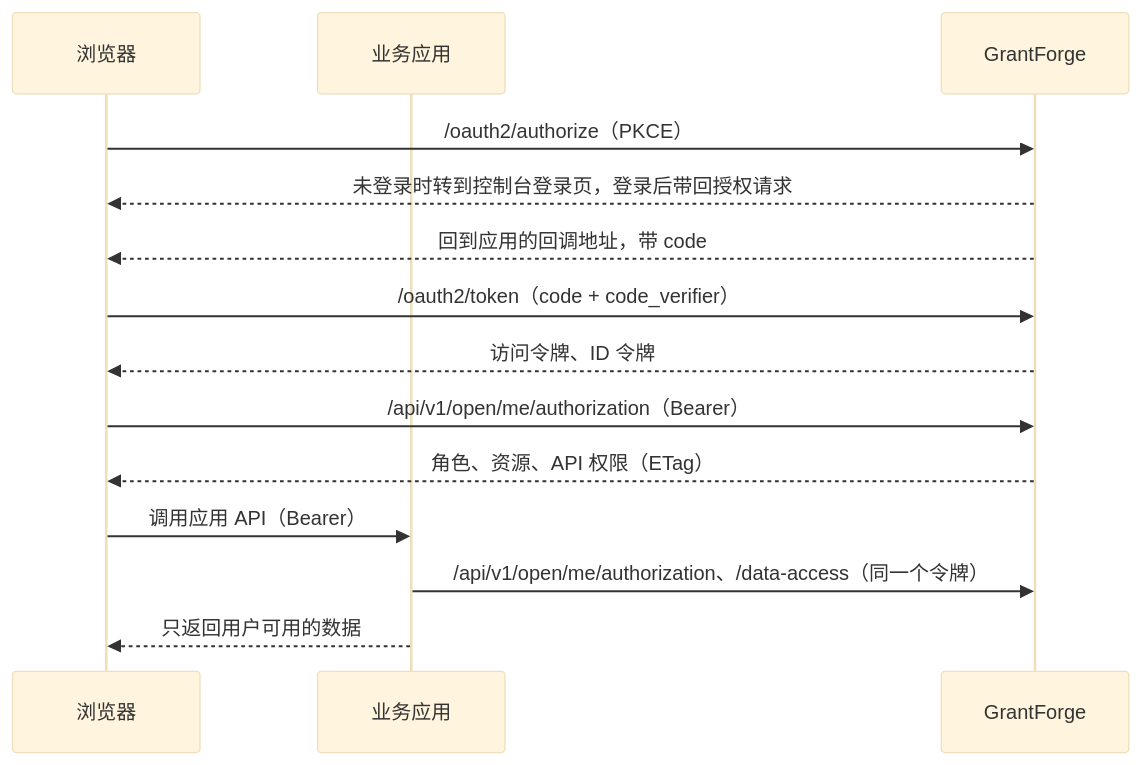
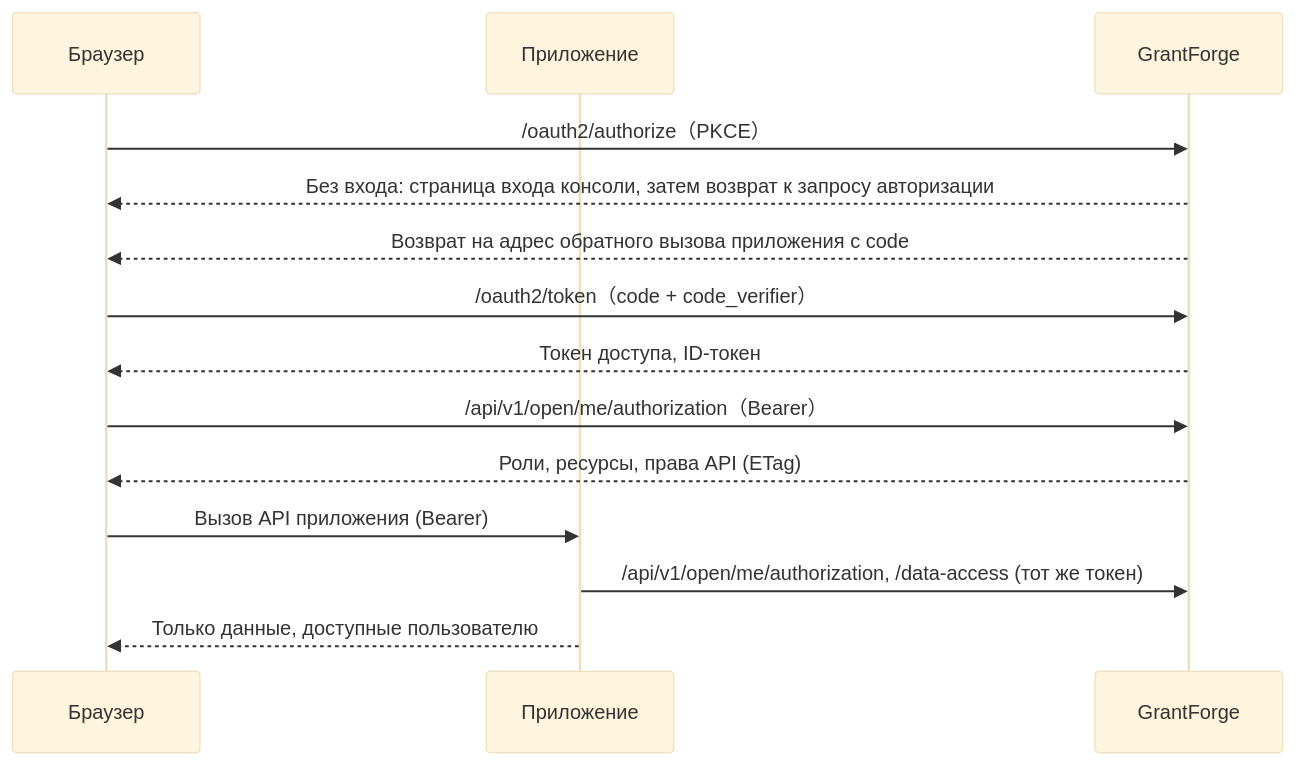
Before and after one commit to devlive-community/grantforge: the diagram in docs/content/ru/integration/overview.md, drawn with Mermaid (base theme). The commit also changed other lines of this file and 103 other files, not shown here.

````diff
--- a/docs/content/ru/integration/overview.md
+++ b/docs/content/ru/integration/overview.md
@@ -32,16 +32,16 @@
 ```mermaid
 sequenceDiagram
-  participant B as 浏览器
-  participant A as 业务应用
+  participant B as Браузер
+  participant A as Приложение
   participant G as GrantForge
   B->>G: /oauth2/authorize（PKCE）
-  G-->>B: 未登录时转到控制台登录页，登录后带回授权请求
-  G-->>B: 回到应用的回调地址，带 code
+  G-->>B: Без входа: страница входа консоли, затем возврат к запросу авторизации
+  G-->>B: Возврат на адрес обратного вызова приложения с code
   B->>G: /oauth2/token（code + code_verifier）
-  G-->>B: 访问令牌、ID 令牌
+  G-->>B: Токен доступа, ID-токен
   B->>G: /api/v1/open/me/authorization（Bearer）
-  G-->>B: 角色、资源、API 权限（ETag）
-  B->>A: 调用应用 API（Bearer）
-  A->>G: /api/v1/open/me/authorization、/data-access（同一个令牌）
-  A-->>B: 只返回用户可用的数据
+  G-->>B: Роли, ресурсы, права API (ETag)
+  B->>A: Вызов API приложения (Bearer)
+  A->>G: /api/v1/open/me/authorization, /data-access (тот же токен)
+  A-->>B: Только данные, доступные пользователю
 ```
````
